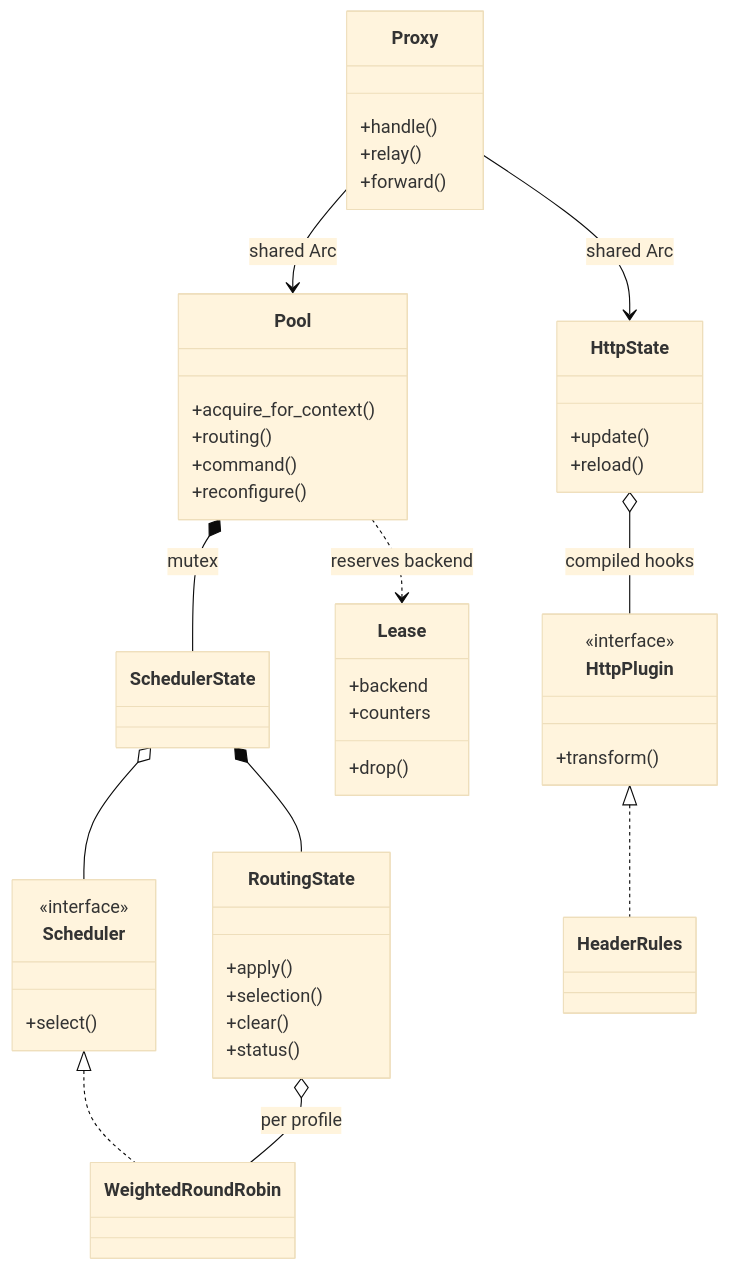
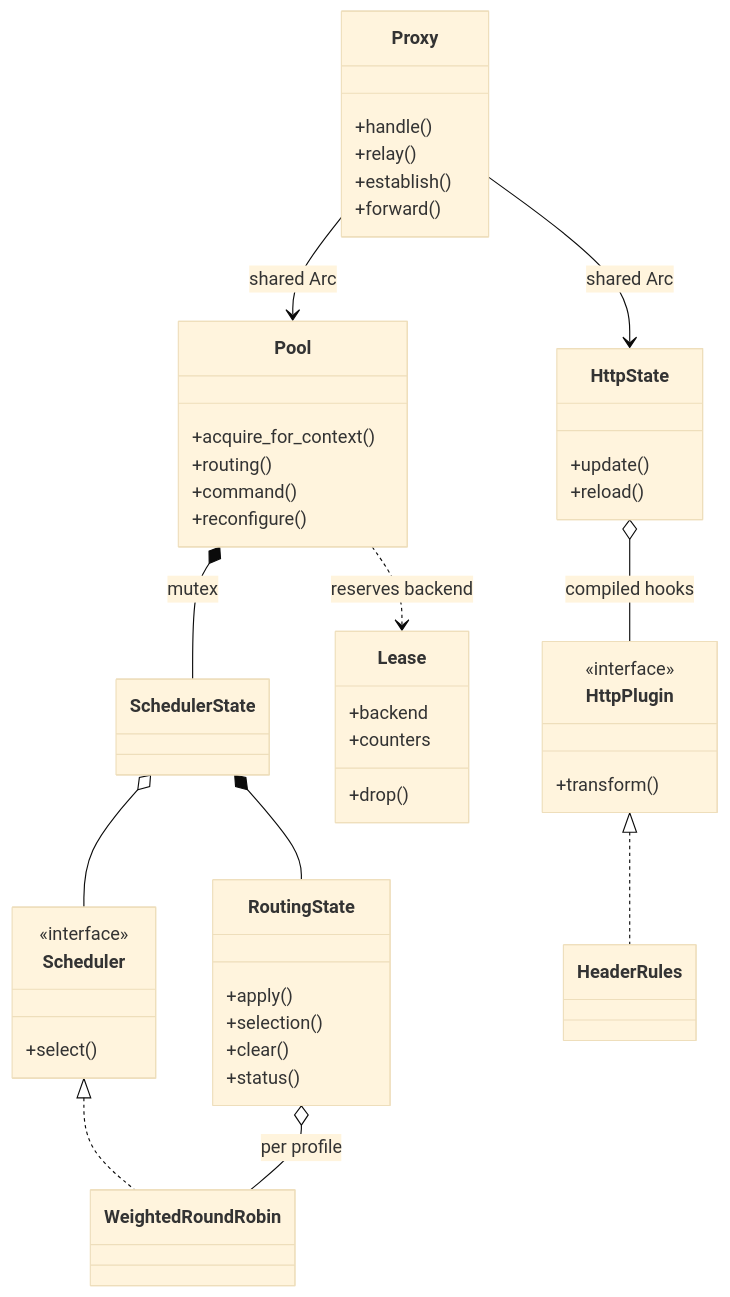
One commit to tsener/balanco changed the second of 4 diagrams in docs/diagrams.md. Above: the diagram before and after it, drawn with Mermaid (base theme). The commit also changed other lines of this file and 23 other files, not shown here.

````diff
--- a/docs/diagrams.md
+++ b/docs/diagrams.md
@@ -37,50 +40,51 @@
 ```mermaid
 classDiagram
     class Proxy {
         +handle()
         +relay()
+        +establish()
         +forward()
     }
     class Pool {
         +acquire_for_context()
         +routing()
         +command()
         +reconfigure()
     }
     class SchedulerState
     class RoutingState {
         +apply()
         +selection()
         +clear()
         +status()
     }
     class Scheduler {
         <<interface>>
         +select()
     }
     class WeightedRoundRobin
     class Lease {
         +backend
         +counters
         +drop()
     }
     class HttpState {
         +update()
         +reload()
     }
     class HttpPlugin {
         <<interface>>
         +transform()
     }
     class HeaderRules
     Proxy --> Pool : shared Arc
     Proxy --> HttpState : shared Arc
     Pool *-- SchedulerState : mutex
     SchedulerState *-- RoutingState
     SchedulerState o-- Scheduler
     Scheduler <|.. WeightedRoundRobin
     RoutingState o-- WeightedRoundRobin : per profile
     Pool ..> Lease : reserves backend
     HttpState o-- HttpPlugin : compiled hooks
     HttpPlugin <|.. HeaderRules
 ```
````
